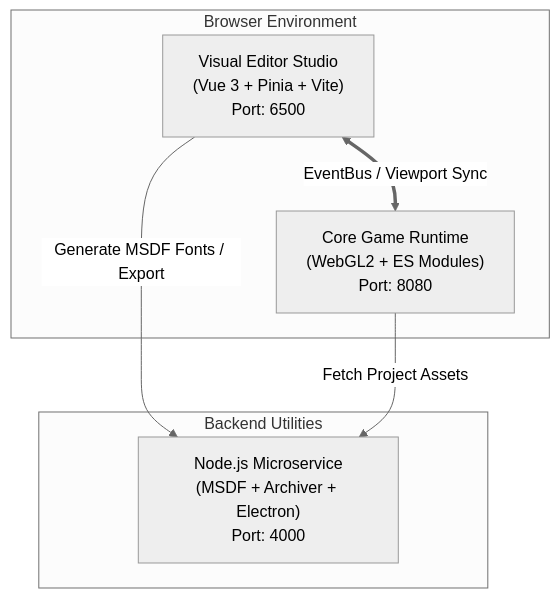
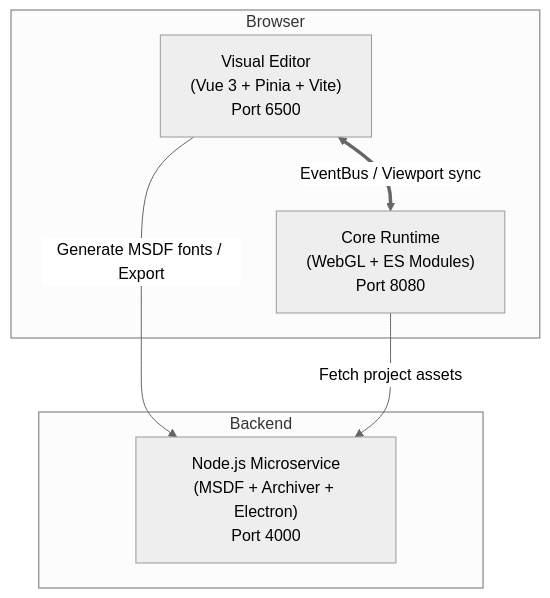
Before and after one commit to haikal-adnan/lupis-engine: the diagram in README.md, drawn with Mermaid (neutral theme). The commit also changed other lines of this file and 63 other files, not shown here.

````diff
--- a/README.md
+++ b/README.md
@@ -57,15 +76,15 @@
 ```mermaid
 graph TD
-    subgraph Client ["Browser Environment"]
-        Editor["Visual Editor Studio\n(Vue 3 + Pinia + Vite)\nPort: 6500"]
-        Core["Core Game Runtime\n(WebGL2 + ES Modules)\nPort: 8080"]
+    subgraph Client ["Browser"]
+        Editor["Visual Editor<br/>(Vue 3 + Pinia + Vite)<br/>Port 6500"]
+        Core["Core Runtime<br/>(WebGL + ES Modules)<br/>Port 8080"]
     end
 
-    subgraph Service ["Backend Utilities"]
-        Backend["Node.js Microservice\n(MSDF + Archiver + Electron)\nPort: 4000"]
+    subgraph Service ["Backend"]
+        Backend["Node.js Microservice<br/>(MSDF + Archiver + Electron)<br/>Port 4000"]
     end
 
-    Editor <==>|"EventBus / Viewport Sync"| Core
-    Editor -->|"Generate MSDF Fonts / Export"| Backend
-    Core -->|"Fetch Project Assets"| Backend
+    Editor <==>|"EventBus / Viewport sync"| Core
+    Editor -->|"Generate MSDF fonts / Export"| Backend
+    Core -->|"Fetch project assets"| Backend
 ```
````
